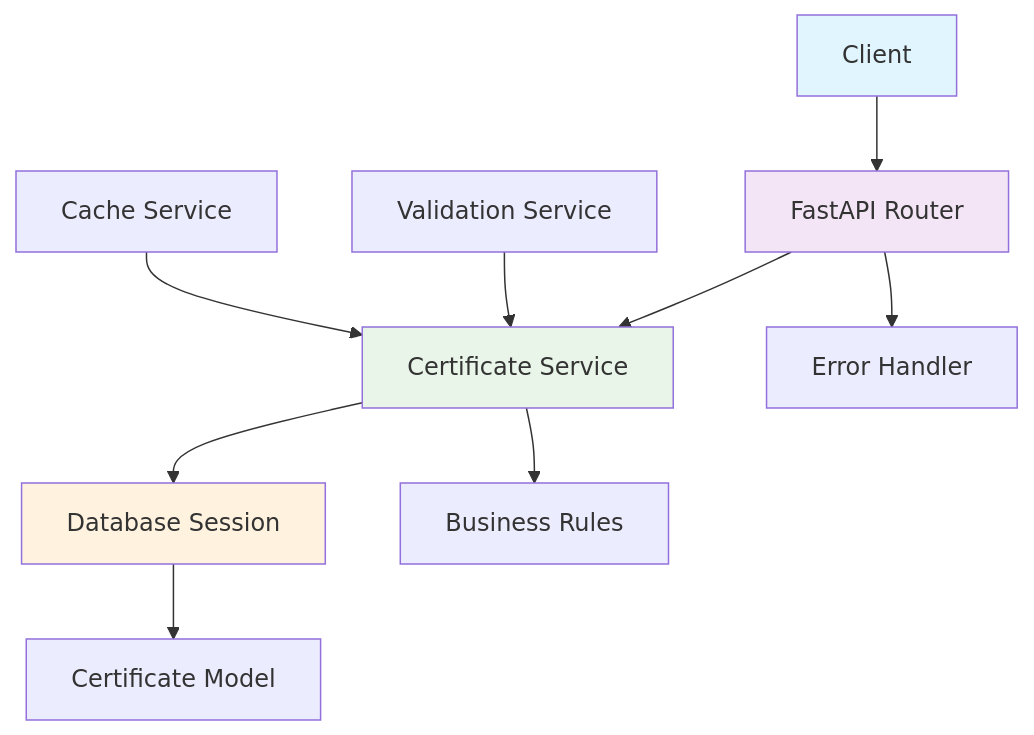
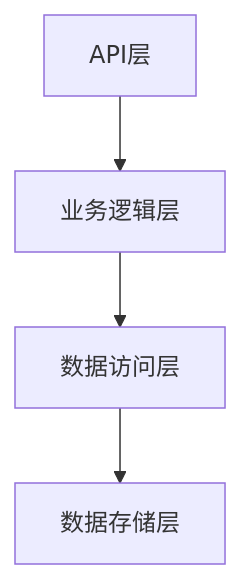
The first of 3 diagrams in docs/modules/quality-control/design.md (HaoranTong/ecommerce_platform), drawn with Mermaid before and after one commit. The commit also changed other lines of this file and 184 other files, not shown here.

````diff
--- a/docs/modules/quality-control/design.md
+++ b/docs/modules/quality-control/design.md
@@ -54,18 +36,6 @@
 ```mermaid
-graph TD
-    A[Client] --> B[FastAPI Router]
-    B --> C[Certificate Service]
-    C --> D[Database Session]
-    D --> E[Certificate Model]
-    
-    F[Validation Service] --> C
-    G[Cache Service] --> C
-    
-    B --> H[Error Handler]
-    C --> I[Business Rules]
-    
-    style A fill:#e1f5fe
-    style B fill:#f3e5f5
-    style C fill:#e8f5e8
-    style D fill:#fff3e0
+graph TB
+    A[API层] --> B[业务逻辑层]
+    B --> C[数据访问层]
+    C --> D[数据存储层]
 ```
````
